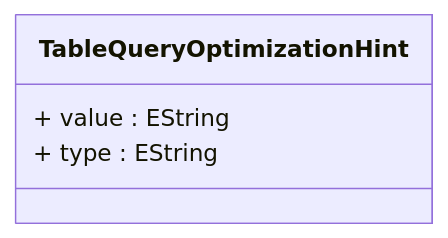
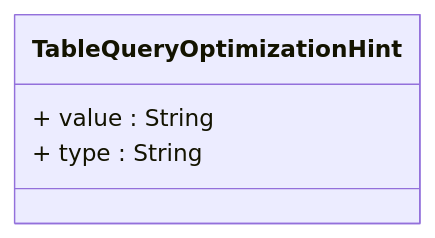
Before and after one commit to eclipse-daanse/eclipse-daanse.github.io: the diagram in docs/cubeserver/model/class-TableQueryOptimizationHint.md, drawn with Mermaid. The commit also changed other lines of this file and 138 other files, not shown here.

````diff
--- a/docs/cubeserver/model/class-TableQueryOptimizationHint.md
+++ b/docs/cubeserver/model/class-TableQueryOptimizationHint.md
@@ -73,10 +75,10 @@
 ```mermaid
 classDiagram
   class TableQueryOptimizationHint {
-    + value : EString
-    + type : EString
+    + value : String
+    + type : String
   }
 
 
 
 ```
````
